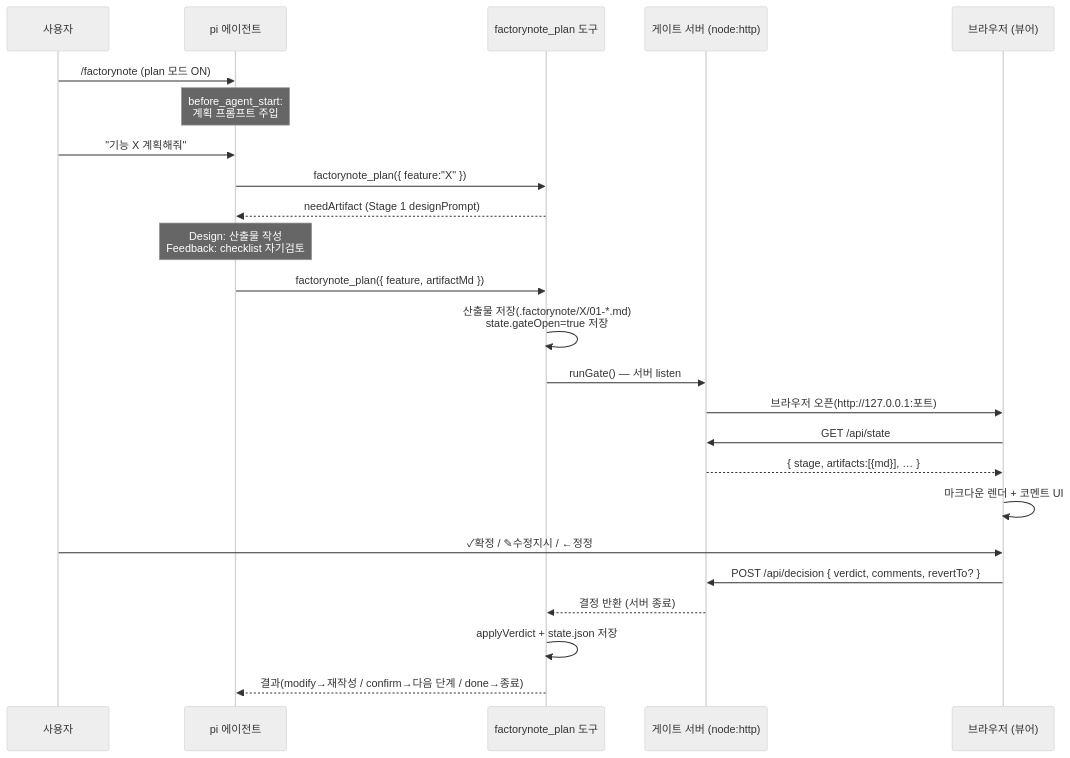
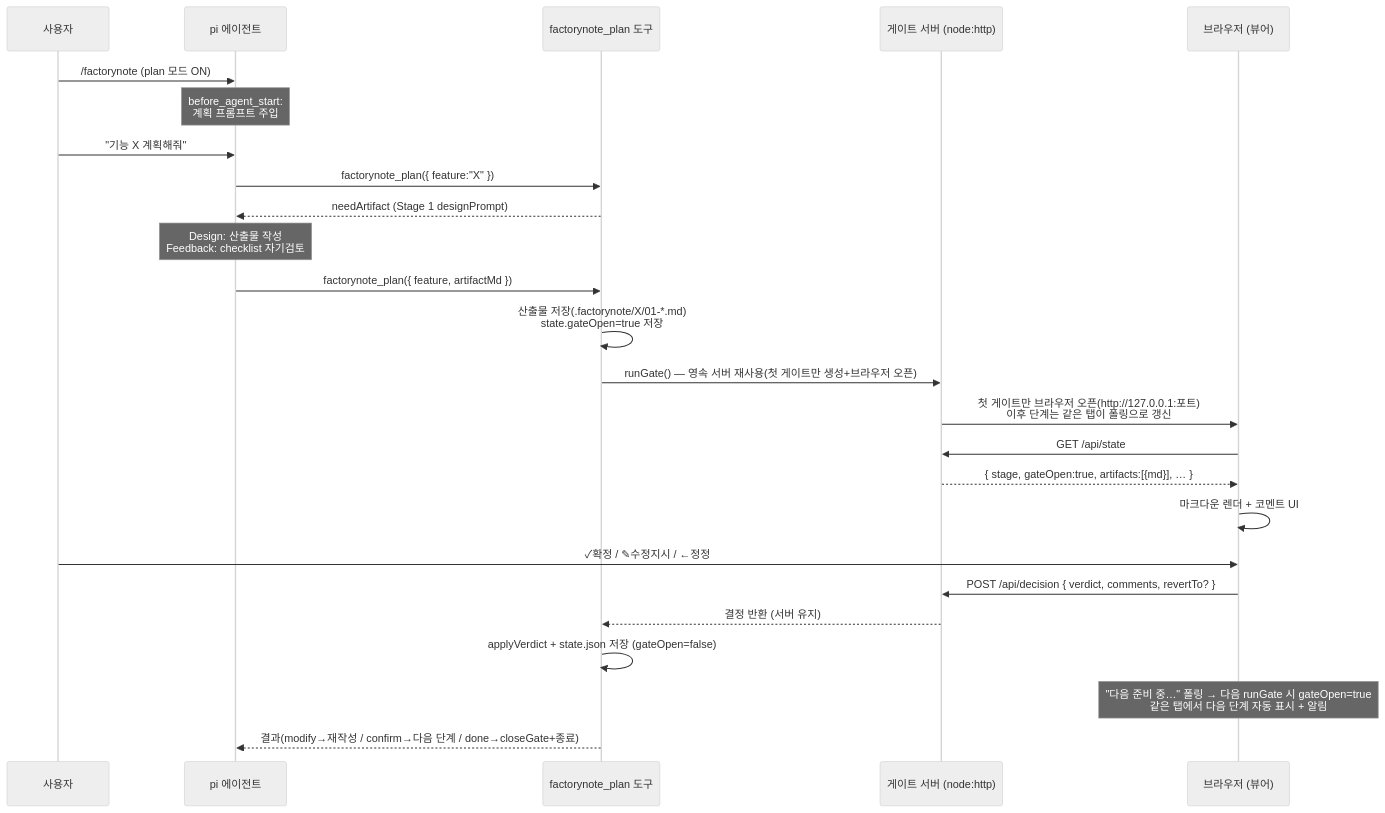
One commit to BIGSUNGG/FactoryNote changed the diagram in vault/01-architecture/implementation-architecture.md. Above: the diagram before and after it, drawn with Mermaid (neutral theme). The commit also changed other lines of this file and 14 other files, not shown here.

````diff
--- a/vault/01-architecture/implementation-architecture.md
+++ b/vault/01-architecture/implementation-architecture.md
@@ -69,26 +69,27 @@
 ```mermaid
 sequenceDiagram
     participant U as 사용자
     participant Pi as pi 에이전트
     participant T as factorynote_plan 도구
     participant S as 게이트 서버 (node:http)
     participant W as 브라우저 (뷰어)
     U->>Pi: /factorynote (plan 모드 ON)
     Note over Pi: before_agent_start:<br/>계획 프롬프트 주입
     U->>Pi: "기능 X 계획해줘"
     Pi->>T: factorynote_plan({ feature:"X" })
     T-->>Pi: needArtifact (Stage 1 designPrompt)
     Note over Pi: Design: 산출물 작성<br/>Feedback: checklist 자기검토
     Pi->>T: factorynote_plan({ feature, artifactMd })
     T->>T: 산출물 저장(.factorynote/X/01-*.md)<br/>state.gateOpen=true 저장
-    T->>S: runGate() — 서버 listen
-    S->>W: 브라우저 오픈(http://127.0.0.1:포트)
+    T->>S: runGate() — 영속 서버 재사용(첫 게이트만 생성+브라우저 오픈)
+    S->>W: 첫 게이트만 브라우저 오픈(http://127.0.0.1:포트)<br/>이후 단계는 같은 탭이 폴링으로 갱신
     W->>S: GET /api/state
-    S-->>W: { stage, artifacts:[{md}], … }
+    S-->>W: { stage, gateOpen:true, artifacts:[{md}], … }
     W->>W: 마크다운 렌더 + 코멘트 UI
     U->>W: ✓확정 / ✎수정지시 / ←정정
     W->>S: POST /api/decision { verdict, comments, revertTo? }
-    S-->>T: 결정 반환 (서버 종료)
-    T->>T: applyVerdict + state.json 저장
-    T-->>Pi: 결과(modify→재작성 / confirm→다음 단계 / done→종료)
+    S-->>T: 결정 반환 (서버 유지)
+    T->>T: applyVerdict + state.json 저장 (gateOpen=false)
+    Note over W: "다음 준비 중…" 폴링 → 다음 runGate 시 gateOpen=true<br/>같은 탭에서 다음 단계 자동 표시 + 알림
+    T-->>Pi: 결과(modify→재작성 / confirm→다음 단계 / done→closeGate+종료)
 ```
````
